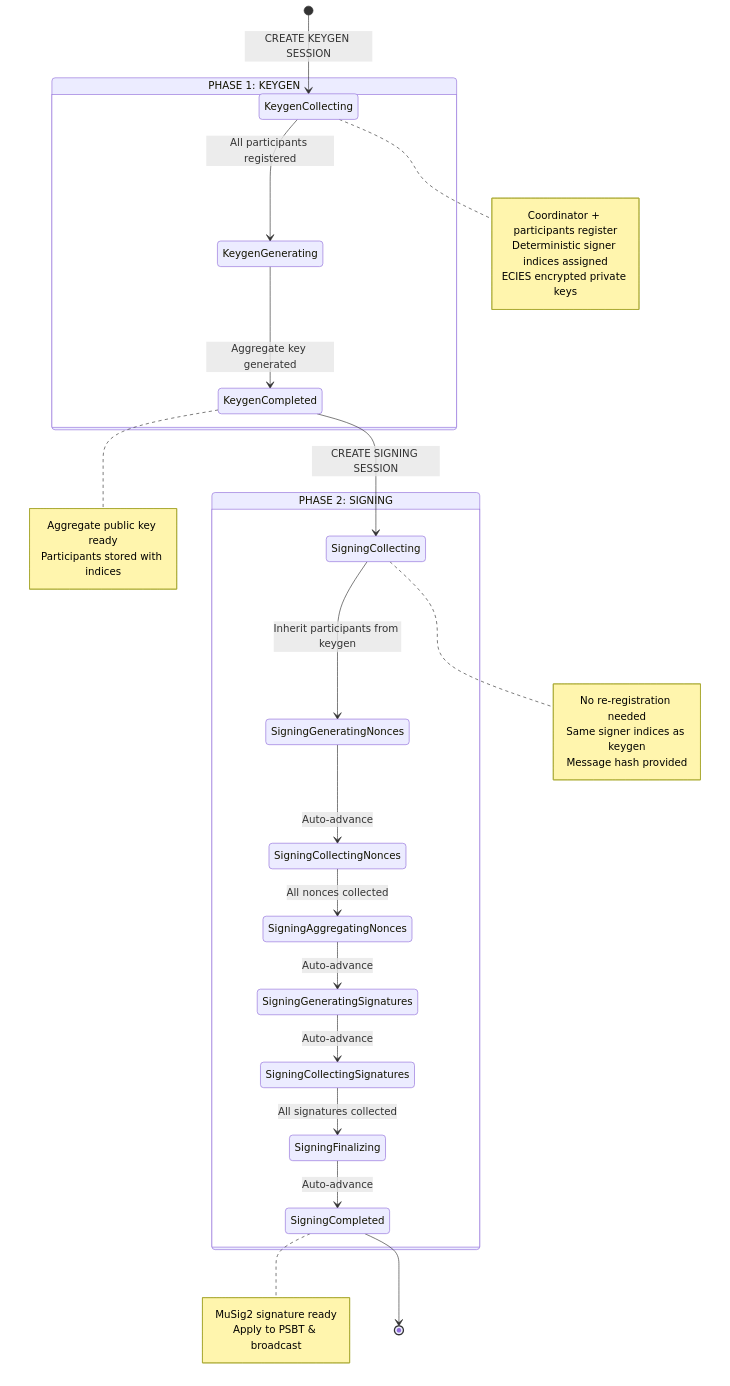
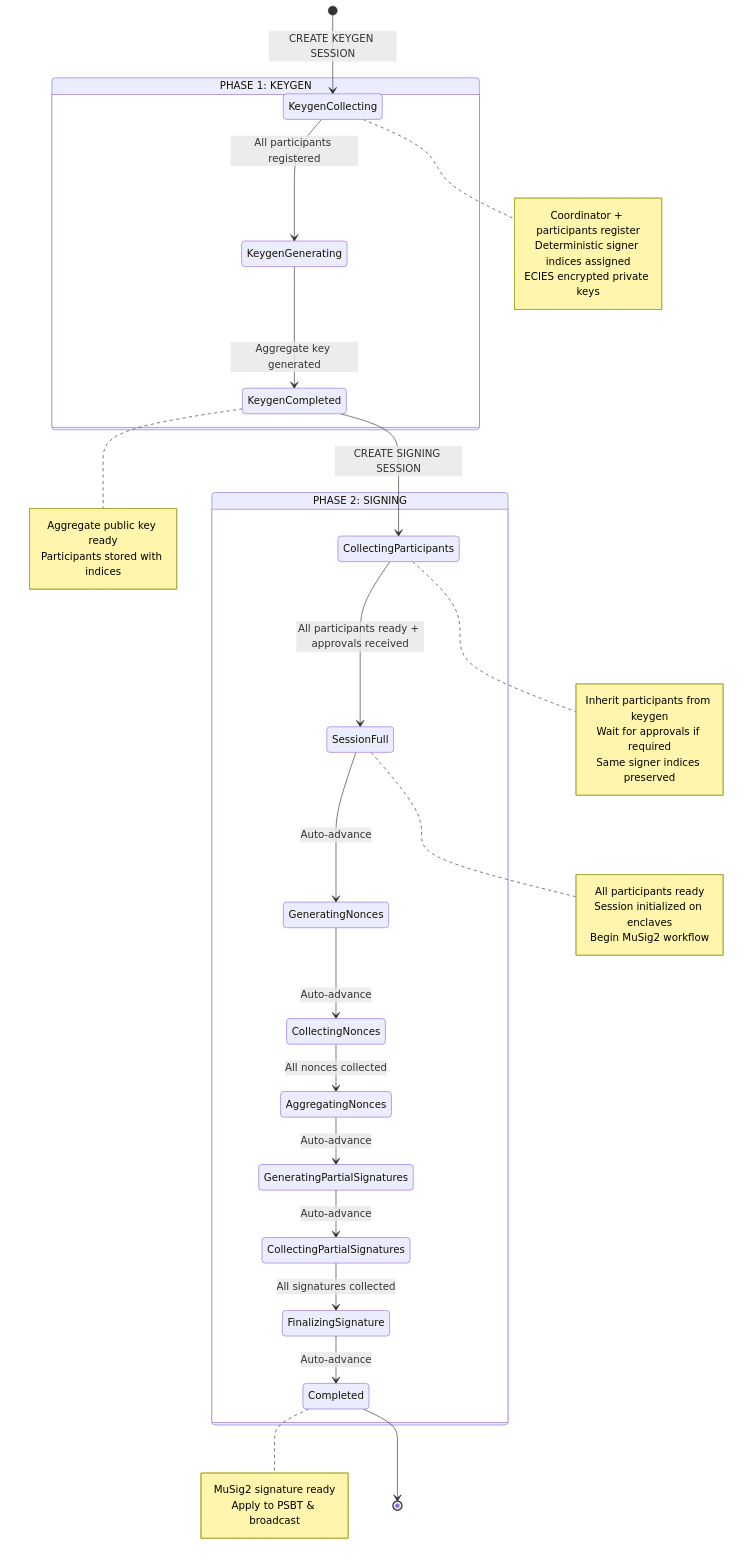
The second of 5 diagrams in README.md (tee8z/keymeld), drawn with Mermaid before and after one commit. The commit also changed other lines of this file and 45 other files, not shown here.

````diff
--- a/README.md
+++ b/README.md
@@ -229,45 +275,52 @@
 ```mermaid
 stateDiagram-v2
     [*] --> KeygenCollecting: CREATE KEYGEN SESSION
 
     state "PHASE 1: KEYGEN" as Phase1 {
         KeygenCollecting --> KeygenGenerating: All participants registered
         KeygenGenerating --> KeygenCompleted: Aggregate key generated
 
         note right of KeygenCollecting
             Coordinator + participants register
             Deterministic signer indices assigned
             ECIES encrypted private keys
         end note
 
         note right of KeygenCompleted
             Aggregate public key ready
             Participants stored with indices
         end note
     }
 
-    KeygenCompleted --> SigningCollecting: CREATE SIGNING SESSION
+    KeygenCompleted --> CollectingParticipants: CREATE SIGNING SESSION
 
     state "PHASE 2: SIGNING" as Phase2 {
-        SigningCollecting --> SigningGeneratingNonces: Inherit participants from keygen
-        SigningGeneratingNonces --> SigningCollectingNonces: Auto-advance
-        SigningCollectingNonces --> SigningAggregatingNonces: All nonces collected
-        SigningAggregatingNonces --> SigningGeneratingSignatures: Auto-advance
-        SigningGeneratingSignatures --> SigningCollectingSignatures: Auto-advance
-        SigningCollectingSignatures --> SigningFinalizing: All signatures collected
-        SigningFinalizing --> SigningCompleted: Auto-advance
+        CollectingParticipants --> SessionFull: All participants ready + approvals received
+        SessionFull --> GeneratingNonces: Auto-advance
+        GeneratingNonces --> CollectingNonces: Auto-advance
+        CollectingNonces --> AggregatingNonces: All nonces collected
+        AggregatingNonces --> GeneratingPartialSignatures: Auto-advance
+        GeneratingPartialSignatures --> CollectingPartialSignatures: Auto-advance
+        CollectingPartialSignatures --> FinalizingSignature: All signatures collected
+        FinalizingSignature --> Completed: Auto-advance
 
-        note right of SigningCollecting
-            No re-registration needed
-            Same signer indices as keygen
-            Message hash provided
+        note right of CollectingParticipants
+            Inherit participants from keygen
+            Wait for approvals if required
+            Same signer indices preserved
         end note
 
-        note right of SigningCompleted
+        note right of SessionFull
+            All participants ready
+            Session initialized on enclaves
+            Begin MuSig2 workflow
+        end note
+
+        note right of Completed
             MuSig2 signature ready
             Apply to PSBT & broadcast
         end note
     }
 
-    SigningCompleted --> [*]
+    Completed --> [*]
 ```
````
